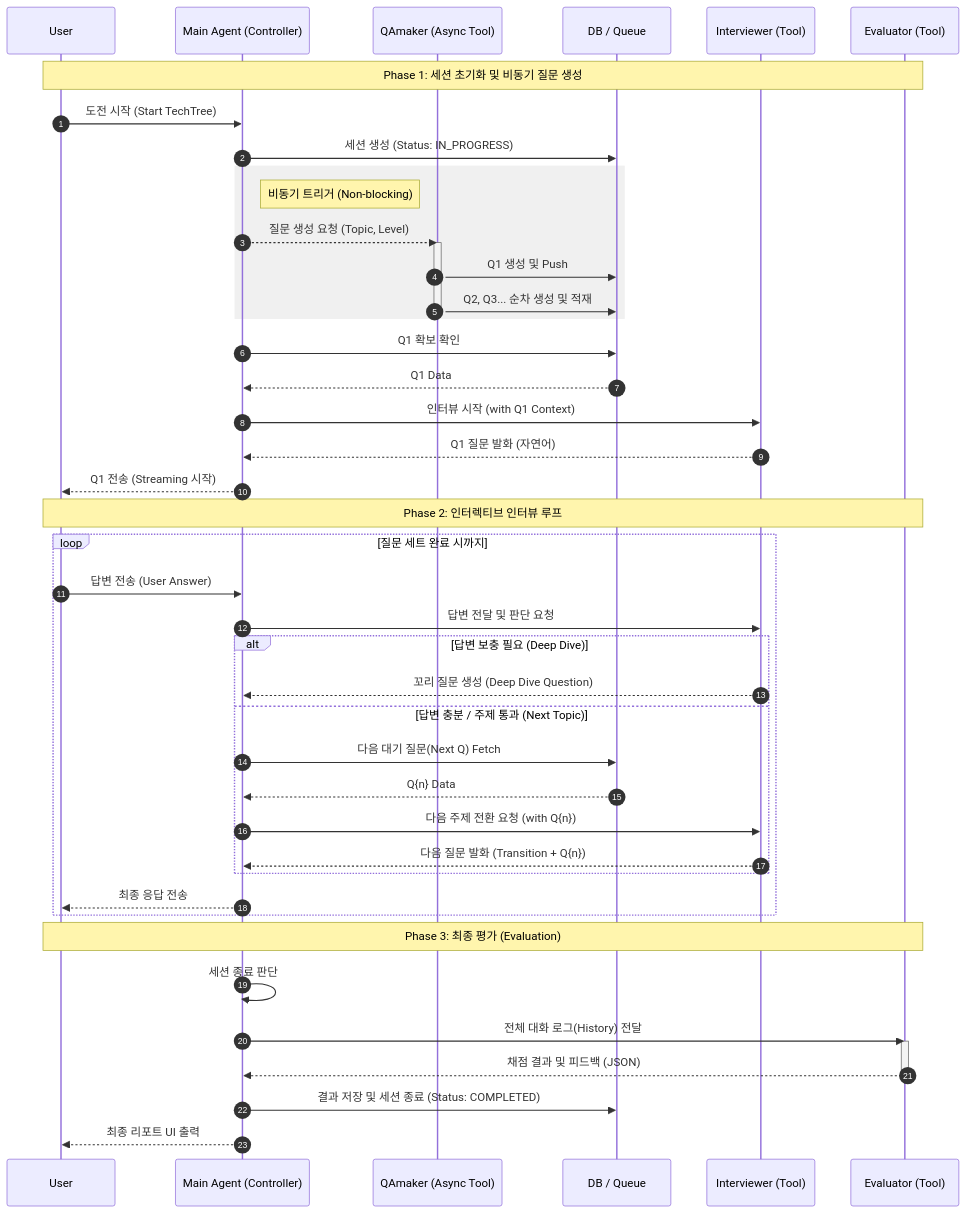
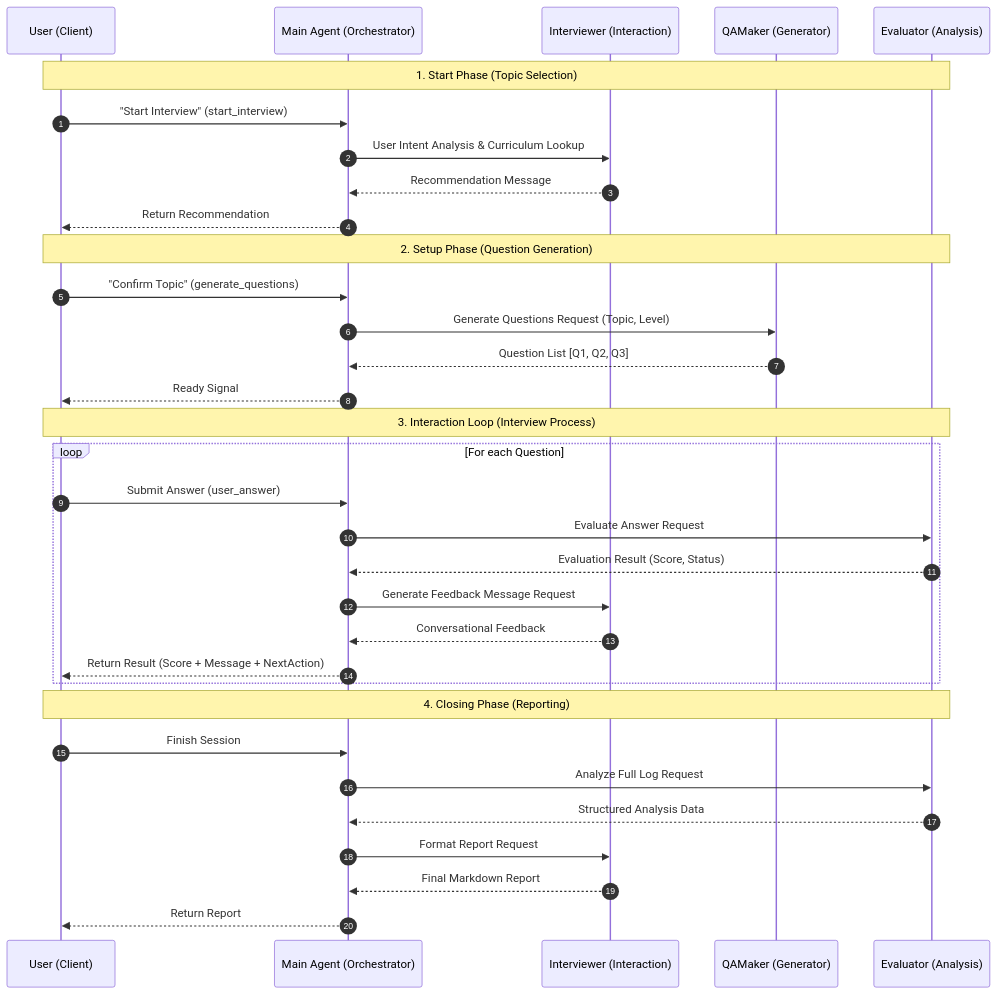
One commit to haebo9/ai_techtree_project changed the diagram in docs/2_design/agent_workflow.md. Above: the diagram before and after it, drawn with Mermaid. The commit also changed other lines of this file, not shown here.

Commit message:
update : agent workflow documentation

````diff
--- a/docs/2_design/agent_workflow.md
+++ b/docs/2_design/agent_workflow.md
@@ -98,59 +96,44 @@
 ```mermaid
 sequenceDiagram
     autonumber
-    participant U as User
-    participant M as Main Agent (Controller)
-    participant Q as QAmaker (Async Tool)
-    participant DB as DB / Queue
-    participant I as Interviewer (Tool)
-    participant E as Evaluator (Tool)
+    participant U as User (Client)
+    participant M as Main Agent (Orchestrator)
+    participant I as Interviewer (Interaction)
+    participant Q as QAMaker (Generator)
+    participant E as Evaluator (Analysis)
 
-    Note over U, E: Phase 1: 세션 초기화 및 비동기 질문 생성
+    Note over U, E: 1. Start Phase (Topic Selection)
+    U->>M: "Start Interview" (start_interview)
+    M->>I: User Intent Analysis & Curriculum Lookup
+    I-->>M: Recommendation Message
+    M-->>U: Return Recommendation
 
-    U->>M: 도전 시작 (Start TechTree)
-    M->>DB: 세션 생성 (Status: IN_PROGRESS)
-    
-    rect rgb(240, 240, 240)
-        Note right of M: 비동기 트리거 (Non-blocking)  
-        M-->>Q: 질문 생성 요청 (Topic, Level)
-        activate Q
-        Q->>DB: Q1 생성 및 Push
-        Q->>DB: Q2, Q3... 순차 생성 및 적재
-        deactivate Q
+    Note over U, E: 2. Setup Phase (Question Generation)
+    U->>M: "Confirm Topic" (generate_questions)
+    M->>Q: Generate Questions Request (Topic, Level)
+    Q-->>M: Question List [Q1, Q2, Q3]
+    M-->>U: Ready Signal
+
+    Note over U, E: 3. Interaction Loop (Interview Process)
+    loop For each Question
+        U->>M: Submit Answer (user_answer)
+        
+        # Step A: Evaluation
+        M->>E: Evaluate Answer Request
+        E-->>M: Evaluation Result (Score, Status)
+        
+        # Step B: Feedback Generation
+        M->>I: Generate Feedback Message Request
+        I-->>M: Conversational Feedback
+        
+        M-->>U: Return Result (Score + Message + NextAction)
     end
 
-    M->>DB: Q1 확보 확인
-    DB-->>M: Q1 Data
-    M->>I: 인터뷰 시작 (with Q1 Context)
-    I-->>M: Q1 질문 발화 (자연어)
-    M-->>U: Q1 전송 (Streaming 시작)
-
-    Note over U, E: Phase 2: 인터렉티브 인터뷰 루프
-
-    loop 질문 세트 완료 시까지
-        U->>M: 답변 전송 (User Answer)
-        M->>I: 답변 전달 및 판단 요청
-        
-        alt 답변 보충 필요 (Deep Dive)
-            I-->>M: 꼬리 질문 생성 (Deep Dive Question)
-        else 답변 충분 / 주제 통과 (Next Topic)
-            M->>DB: 다음 대기 질문(Next Q) Fetch
-            DB-->>M: Q{n} Data
-            M->>I: 다음 주제 전환 요청 (with Q{n})
-            I-->>M: 다음 질문 발화 (Transition + Q{n})
-        end
-        
-        M-->>U: 최종 응답 전송
-    end
-
-    Note over U, E: Phase 3: 최종 평가 (Evaluation)
-
-    M->>M: 세션 종료 판단
-    M->>E: 전체 대화 로그(History) 전달
-    activate E
-    E-->>M: 채점 결과 및 피드백 (JSON)
-    deactivate E
-    
-    M->>DB: 결과 저장 및 세션 종료 (Status: COMPLETED)
-    M-->>U: 최종 리포트 UI 출력
+    Note over U, E: 4. Closing Phase (Reporting)
+    U->>M: Finish Session
+    M->>E: Analyze Full Log Request
+    E-->>M: Structured Analysis Data
+    M->>I: Format Report Request
+    I-->>M: Final Markdown Report
+    M-->>U: Return Report
 ```
````
